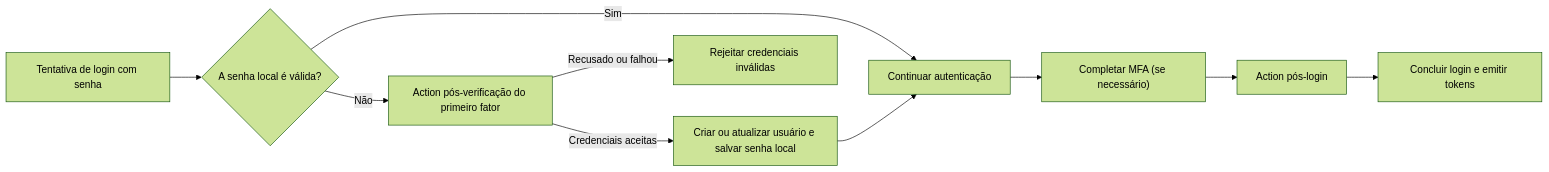
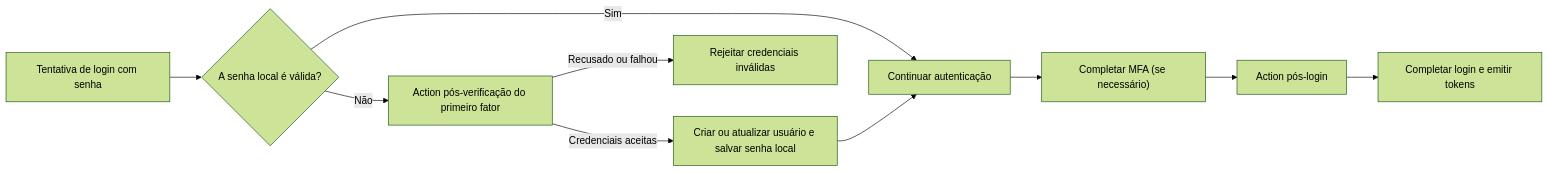
Before and after one commit to logto-io/docs: the diagram in i18n/pt-BR/docusaurus-plugin-content-docs/current/developers/actions/README.mdx, drawn with Mermaid (forest theme). The commit also changed other lines of this file and 17 other files, not shown here.

````diff
--- a/i18n/pt-BR/docusaurus-plugin-content-docs/current/developers/actions/README.mdx
+++ b/i18n/pt-BR/docusaurus-plugin-content-docs/current/developers/actions/README.mdx
@@ -29,12 +29,12 @@
 ```mermaid
 flowchart LR
   A["Tentativa de login com senha"] --> B{"A senha local é válida?"}
   B -->|"Sim"| E["Continuar autenticação"]
   B -->|"Não"| C["Action pós-verificação do primeiro fator"]
   C -->|"Credenciais aceitas"| D["Criar ou atualizar usuário e salvar senha local"]
   C -->|"Recusado ou falhou"| X["Rejeitar credenciais inválidas"]
   D --> E
   E --> F["Completar MFA (se necessário)"]
   F --> G["Action pós-login"]
-  G --> H["Concluir login e emitir tokens"]
+  G --> H["Completar login e emitir tokens"]
 ```
````
